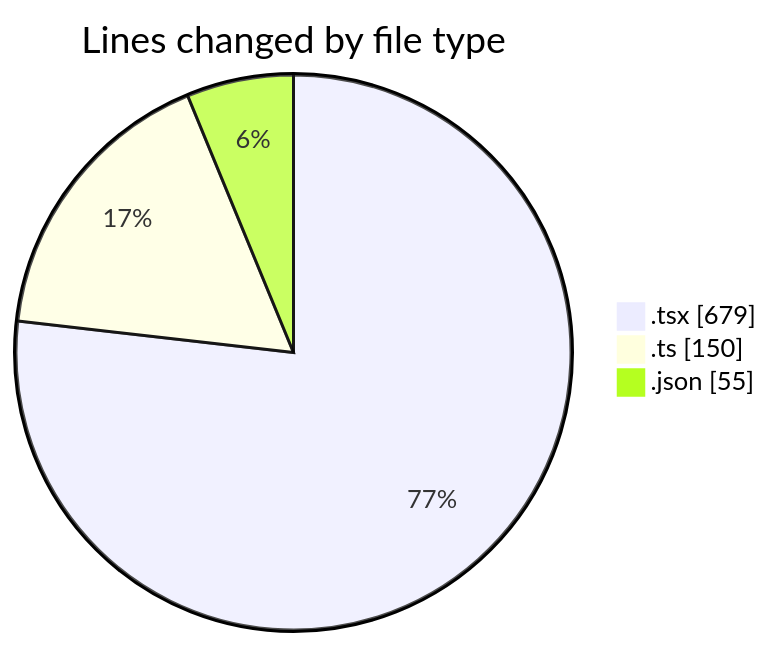
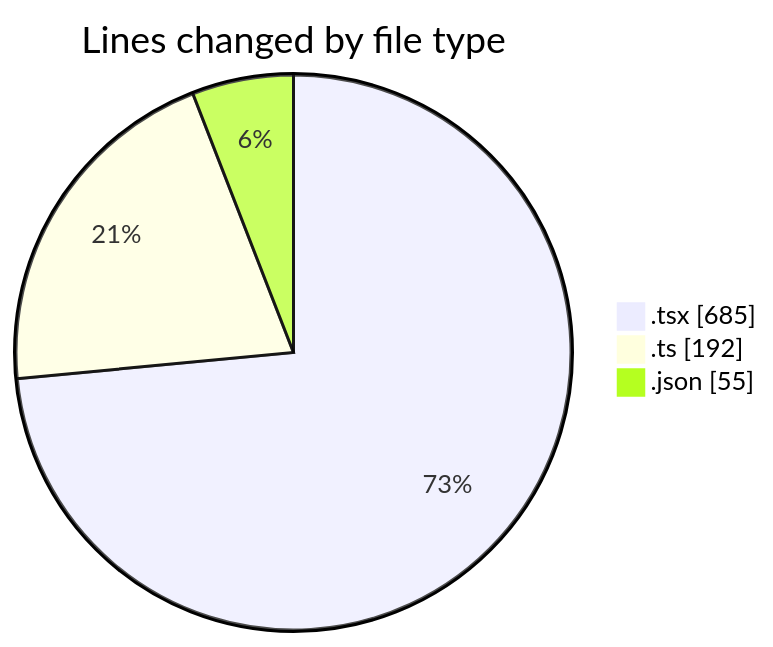
Before and after one commit to julien-gomy/code-tracking: the first of 2 diagrams in 2025-10-21/eventscop-frontend-guide__workspace_/README.md, drawn with Mermaid. The commit also changed other lines of this file and 1 other file, not shown here.

````diff
--- a/2025-10-21/eventscop-frontend-guide__workspace_/README.md
+++ b/2025-10-21/eventscop-frontend-guide__workspace_/README.md
@@ -30,7 +31,7 @@
 ```mermaid
 pie showData
 title Lines changed by file type
-".tsx" : 679
-".ts" : 150
+".tsx" : 685
+".ts" : 192
 ".json" : 55
 ```
````
